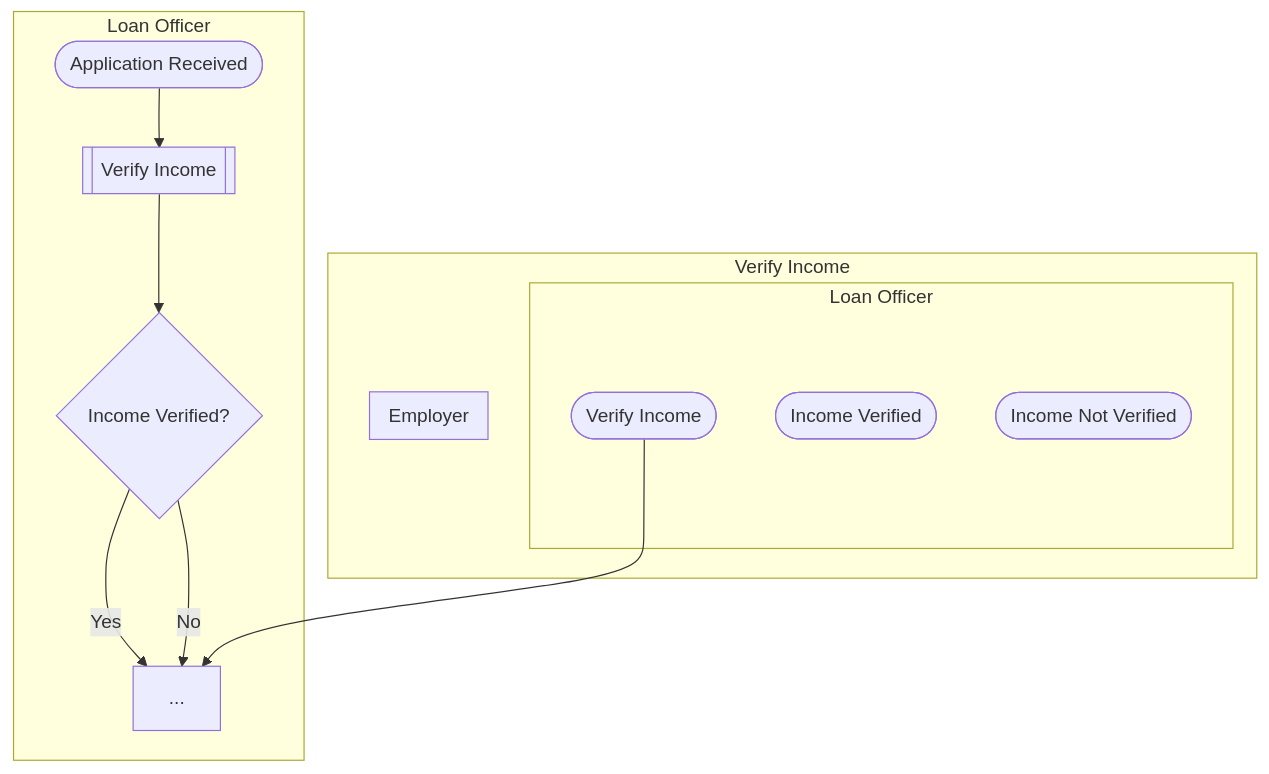
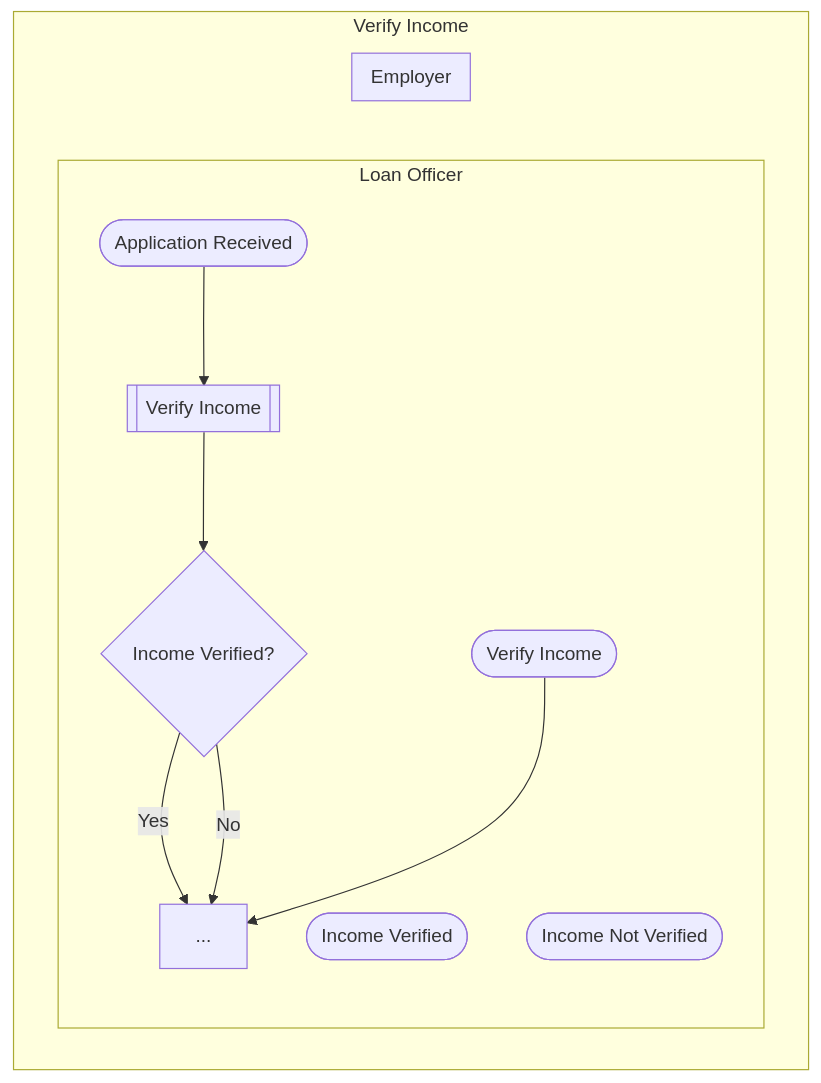
The diagram in dev/plans/plan-subprocess.md (khanhchungoc/ultimate-diagraming-skill), drawn with Mermaid before and after one commit. The commit also changed other lines of this file, not shown here.

First line of the commit message:
Plan: one lane id per actor across tabs

````diff
--- a/dev/plans/plan-subprocess.md
+++ b/dev/plans/plan-subprocess.md
@@ -64,25 +64,25 @@
 ```mermaid
 flowchart
   subgraph lane_officer["Loan Officer"]
     submit(["Application Received"])
     verify_income[["Verify Income"]]
     income_ok{"Income Verified?"}
     ...
   end
   submit --> verify_income --> income_ok
   income_ok -->|"Yes"| ...
   income_ok -->|"No"| ...
 
   subgraph sub_verify_income["Verify Income"]
-    subgraph lane_officer_vi["Loan Officer"]
+    subgraph lane_officer["Loan Officer"]
       vi_start(["Verify Income"])
       ...
       vi_ok(["Income Verified"])
       vi_fail(["Income Not Verified"])
     end
     subgraph lane_employer["Employer"]
       ...
     end
   end
   vi_start --> ...
 ```
````
